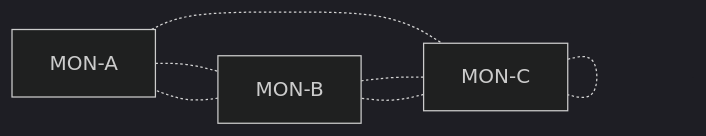
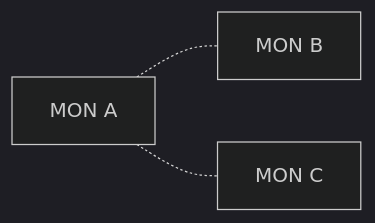
The second of 7 diagrams in content/1.docs/storage/ceph/architecture.md (galexrt/galexrt.github.io), drawn with Mermaid (dark theme) before and after one commit. The commit also changed other lines of this file and 16 other files, not shown here.

Commit message:
feat: improve mermaid chart component and make blog image big

````diff
--- a/content/1.docs/storage/ceph/architecture.md
+++ b/content/1.docs/storage/ceph/architecture.md
@@ -43,14 +47,9 @@
 ```mermaid
 graph LR
-    MON-A
+    MON-A["MON A"]
+    MON-B["MON B"]
+    MON-C["MON C"]
+
     MON-A -.- MON-B
     MON-A -.- MON-C
-
-    MON-B
-    MON-B -.- MON-A
-    MON-B -.- MON-C
-
-    MON-C
-    MON-C -.- MON-B
-    MON-C -.- MON-C
 ```
````
